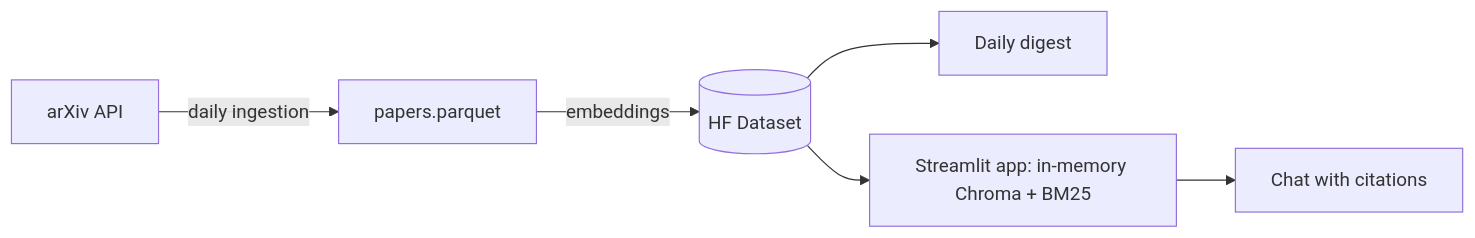
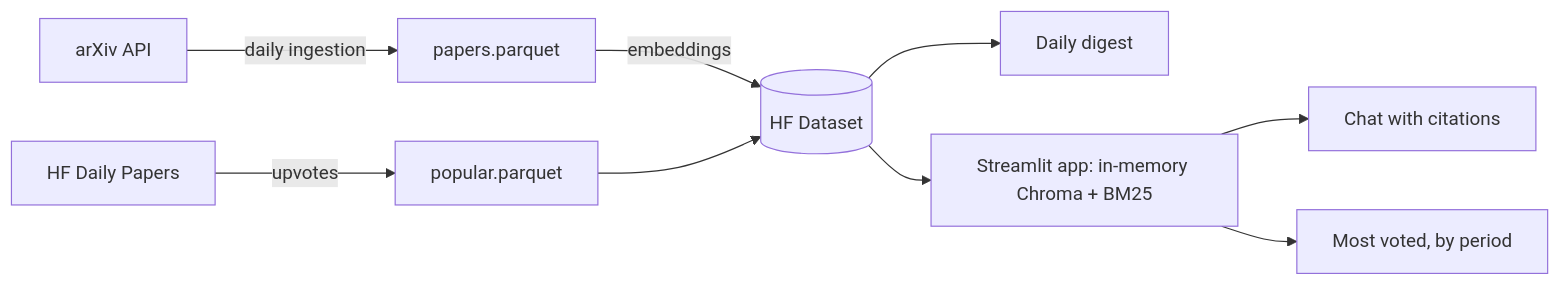
Before and after one commit to guipeliceri/RAG-assistant-for-AI-research-papers: the diagram in README.md, drawn with Mermaid. The commit also changed other lines of this file and 9 other files, not shown here.

First line of the commit message:
Add a "Most voted" tab ranked by Hugging Face Daily Papers upvotes

````diff
--- a/README.md
+++ b/README.md
@@ -19,8 +20,10 @@
 ```mermaid
 flowchart LR
     A[arXiv API] -->|daily ingestion| B[papers.parquet]
     B -->|embeddings| C[(HF Dataset)]
+    H[HF Daily Papers] -->|upvotes| G[popular.parquet] --> C
     C --> D[Daily digest]
     C --> E[Streamlit app: in-memory Chroma + BM25]
     E --> F[Chat with citations]
+    E --> I[Most voted, by period]
 ```
````
